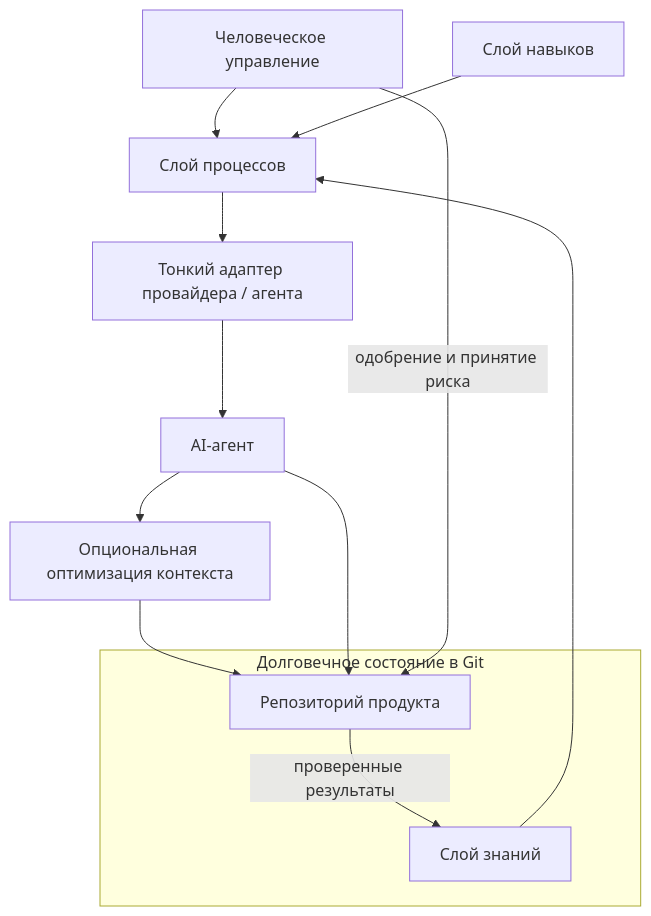
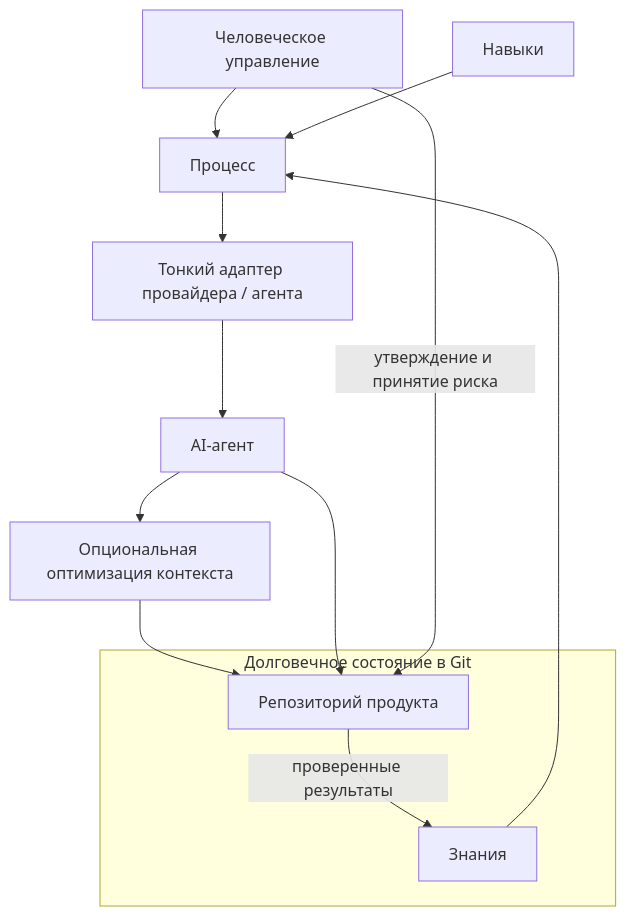
One commit to FedrBodr/fedrbodr-ai-framework changed the second of 2 diagrams in README.ru.md. Above: the diagram before and after it, drawn with Mermaid. The commit also changed other lines of this file and 19 other files, not shown here.

````diff
--- a/README.ru.md
+++ b/README.ru.md
@@ -50,17 +43,15 @@
 ```mermaid
 flowchart TB
-    H["Человеческое управление"] --> P["Слой процессов"]
-    K["Слой знаний"] --> P
-    S["Слой навыков"] --> P
-    P --> A["Тонкий адаптер провайдера / агента"]
-    A --> G["AI-агент"]
-    G --> O["Опциональная оптимизация контекста"]
-    O --> R["Репозиторий продукта"]
+    H["Человеческое управление"] --> P["Процесс"]
+    K["Знания"] --> P
+    S["Навыки"] --> P
+    P --> A["Тонкий адаптер провайдера / агента"] --> G["AI-агент"]
+    G --> O["Опциональная оптимизация контекста"] --> R["Репозиторий продукта"]
     G --> R
     R -->|"проверенные результаты"| K
-    H -->|"одобрение и принятие риска"| R
+    H -->|"утверждение и принятие риска"| R
     subgraph Git["Долговечное состояние в Git"]
         K
         R
     end
 ```
````
